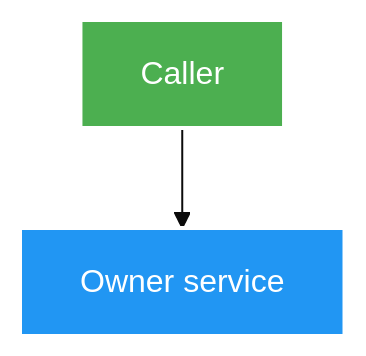
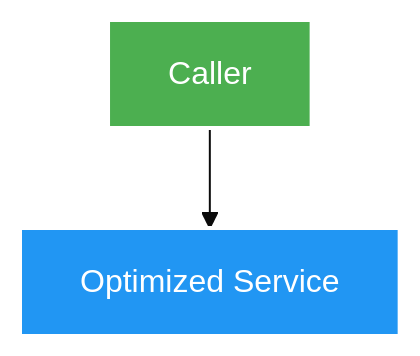
The second of 2 diagrams in docs/templates/FEATURE_DESIGN.md (HungPhan200591/file-mngt-be-v2), drawn with Mermaid (base theme) before and after one commit. The commit also changed other lines of this file and 4 other files, not shown here.

````diff
--- a/docs/templates/FEATURE_DESIGN.md
+++ b/docs/templates/FEATURE_DESIGN.md
@@ -10,7 +30,7 @@
 ```mermaid
 flowchart TB
-    A["<font color='white'>Caller</font>"] --> B["<font color='white'>Owner service</font>"]
+    NEW_A["Caller"] --> NEW_B["Optimized Service"]
 
-    style A fill:#4CAF50,stroke:#fff,stroke-width:2px
-    style B fill:#2196F3,stroke:#fff,stroke-width:2px
+    style NEW_A fill:#4CAF50,stroke:#fff,stroke-width:2px,color:#fff
+    style NEW_B fill:#2196F3,stroke:#fff,stroke-width:2px,color:#fff
 ```
````
